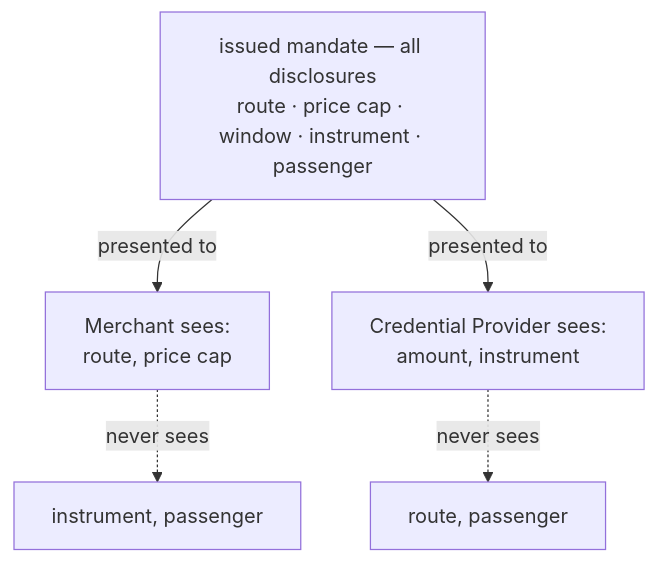
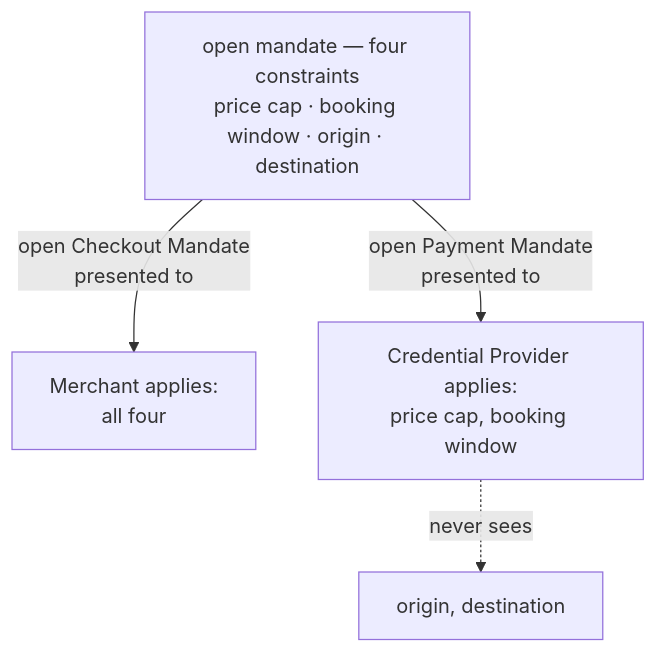
Before and after one commit to SkylinePlatform/agentic-payments: the sixth of 6 diagrams in docs/protocols/ap2.md, drawn with Mermaid. The commit also changed other lines of this file and 15 other files, not shown here.

````diff
--- a/docs/protocols/ap2.md
+++ b/docs/protocols/ap2.md
@@ -632,8 +632,7 @@
 ```mermaid
 flowchart TB
-    FULL["issued mandate — all disclosures<br/>route · price cap · window · instrument · passenger"]
-    FULL -->|"presented to"| M["Merchant sees:<br/>route, price cap"]
-    FULL -->|"presented to"| CP["Credential Provider sees:<br/>amount, instrument"]
-    M -.->|"never sees"| X1["instrument, passenger"]
-    CP -.->|"never sees"| X2["route, passenger"]
+    FULL["open mandate — four constraints<br/>price cap · booking window · origin · destination"]
+    FULL -->|"open Checkout Mandate<br/>presented to"| M["Merchant applies:<br/>all four"]
+    FULL -->|"open Payment Mandate<br/>presented to"| CP["Credential Provider applies:<br/>price cap, booking window"]
+    CP -.->|"never sees"| X["origin, destination"]
 ```
````
